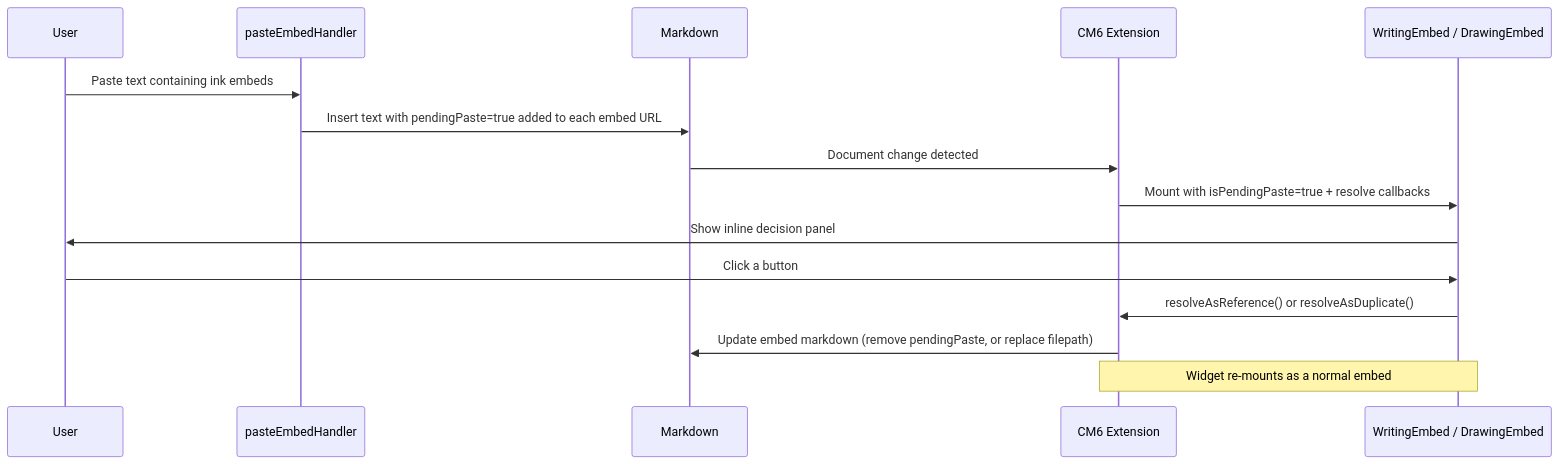
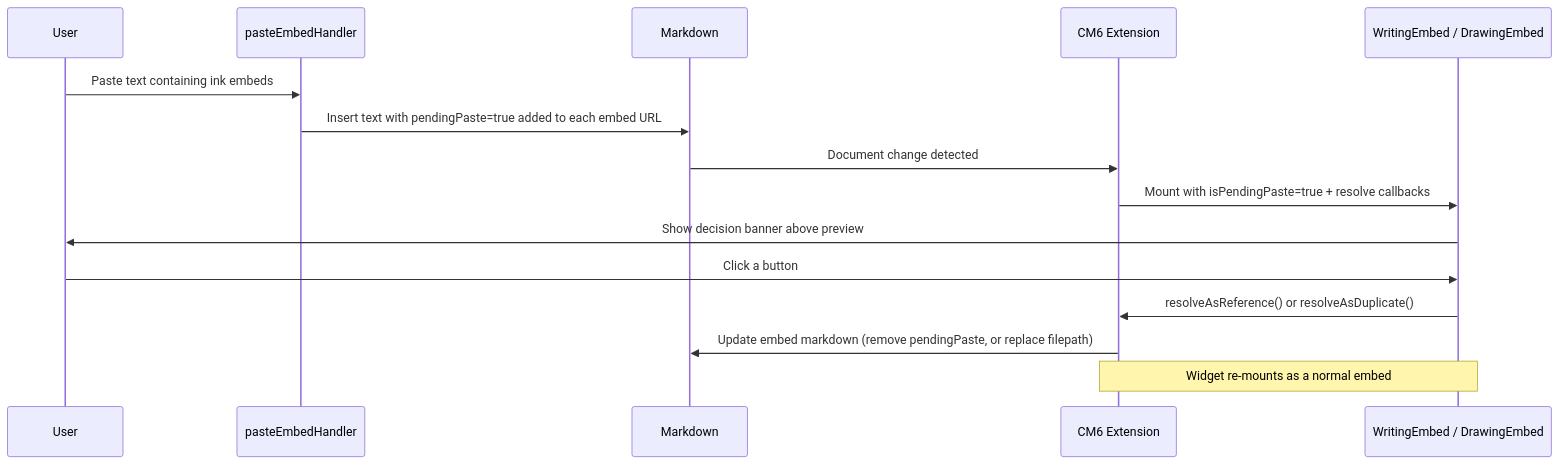
One commit to daledesilva/obsidian_ink changed the diagram in docs/copy-paste-embeds.md. Above: the diagram before and after it, drawn with Mermaid. The commit also changed other lines of this file and 4 other files, not shown here.

Commit message:
Refined copied embed banner

````diff
--- a/docs/copy-paste-embeds.md
+++ b/docs/copy-paste-embeds.md
@@ -17,18 +18,18 @@
 ```mermaid
 sequenceDiagram
     participant User
     participant pasteHandler as pasteEmbedHandler
     participant Markdown
     participant CM6Extension as CM6 Extension
     participant EmbedComponent as WritingEmbed / DrawingEmbed
 
     User->>pasteHandler: Paste text containing ink embeds
     pasteHandler->>Markdown: Insert text with pendingPaste=true added to each embed URL
     Markdown->>CM6Extension: Document change detected
     CM6Extension->>EmbedComponent: Mount with isPendingPaste=true + resolve callbacks
-    EmbedComponent->>User: Show inline decision panel
+    EmbedComponent->>User: Show decision banner above preview
     User->>EmbedComponent: Click a button
     EmbedComponent->>CM6Extension: resolveAsReference() or resolveAsDuplicate()
     CM6Extension->>Markdown: Update embed markdown (remove pendingPaste, or replace filepath)
     Note over CM6Extension,EmbedComponent: Widget re-mounts as a normal embed
 ```
````
